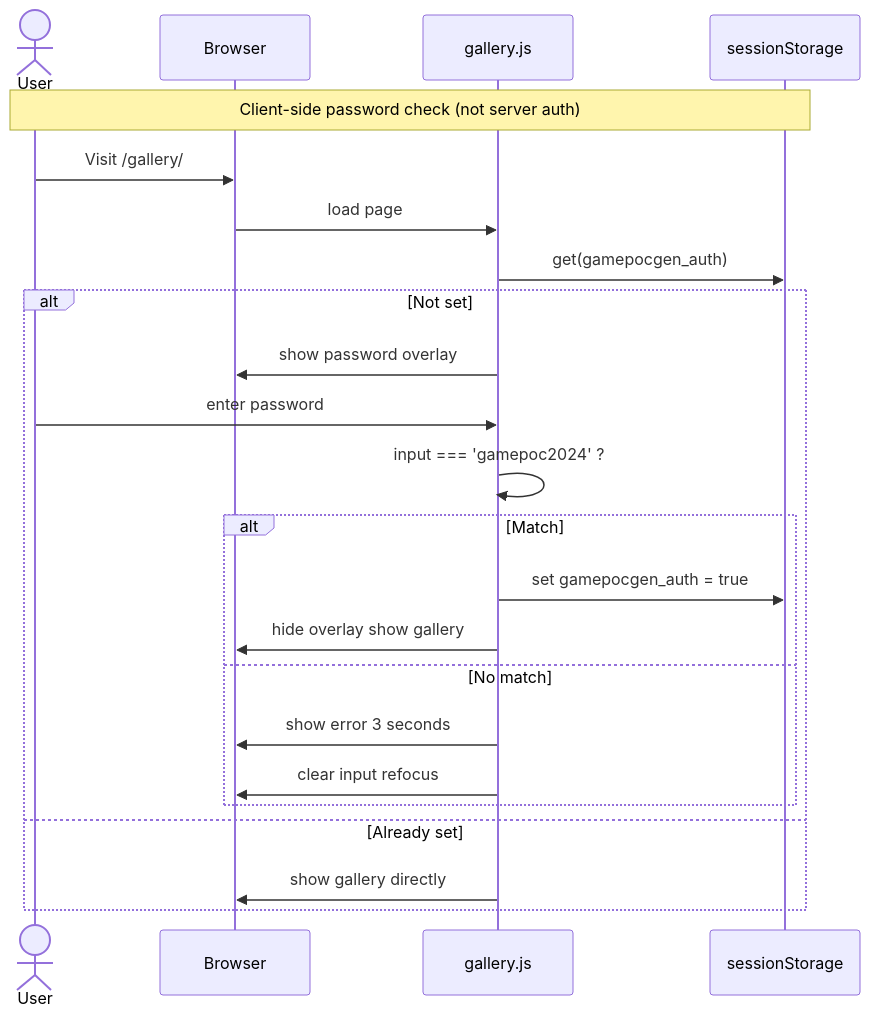
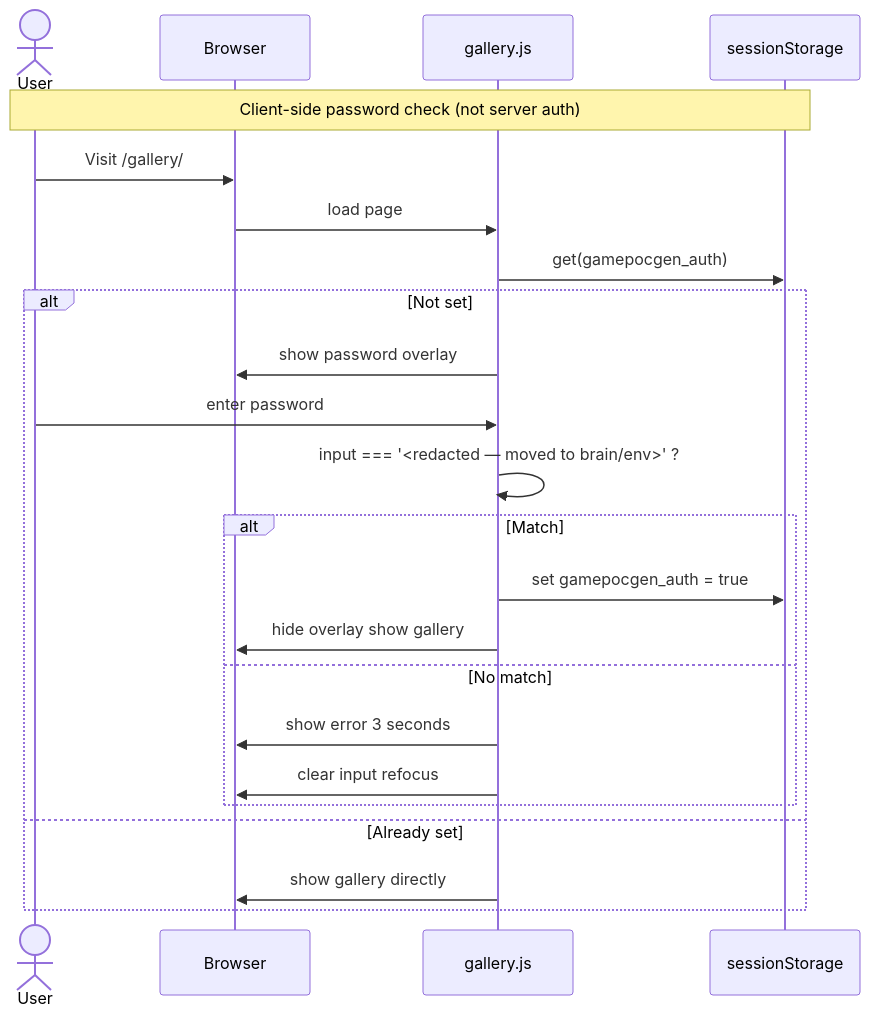
One commit to J-Gierend/gamePocGen changed the second of 9 diagrams in docs/architecture/11-security.md. Above: the diagram before and after it, drawn with Mermaid. The commit also changed other lines of this file and 4 other files, not shown here.

````diff
--- a/docs/architecture/11-security.md
+++ b/docs/architecture/11-security.md
@@ -47,28 +47,28 @@
 ```mermaid
 sequenceDiagram
     actor User
     participant Browser
     participant Gallery as gallery.js
     participant Session as sessionStorage
 
     Note over User,Session: Client-side password check (not server auth)
 
     User->>Browser: Visit /gallery/
     Browser->>Gallery: load page
     Gallery->>Session: get(gamepocgen_auth)
 
     alt Not set
         Gallery->>Browser: show password overlay
         User->>Gallery: enter password
-        Gallery->>Gallery: input === 'gamepoc2024' ?
+        Gallery->>Gallery: input === '<redacted — moved to brain/env>' ?
         alt Match
             Gallery->>Session: set gamepocgen_auth = true
             Gallery->>Browser: hide overlay show gallery
         else No match
             Gallery->>Browser: show error 3 seconds
             Gallery->>Browser: clear input refocus
         end
     else Already set
         Gallery->>Browser: show gallery directly
     end
 ```
````
